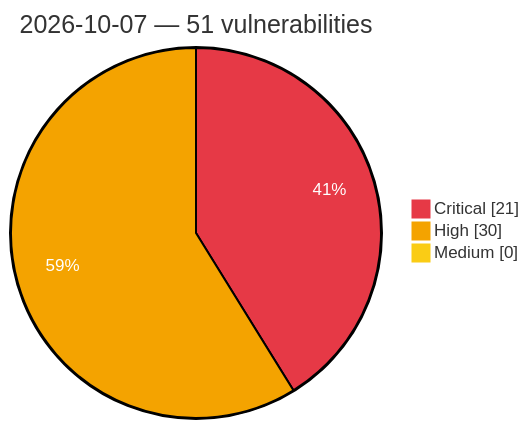
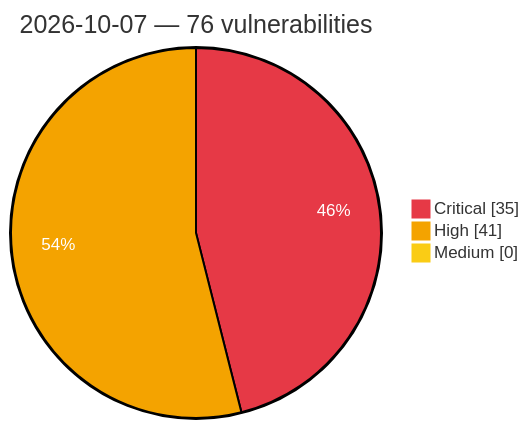
One commit to GhostX0X/vuln-tracker changed the diagram in vulnerabilities/2026/October/2026-10-07.md. Above: the diagram before and after it, drawn with Mermaid. The commit also changed other lines of this file and 5 other files, not shown here.

Commit message:
Auto update: critical/high vulns (2026-10-07 21:45 UTC)

````diff
--- a/vulnerabilities/2026/October/2026-10-07.md
+++ b/vulnerabilities/2026/October/2026-10-07.md
@@ -3,8 +3,8 @@
 ```mermaid
 %%{init: {'theme':'base', 'themeVariables': {'pie1':'#e63946', 'pie2':'#f4a300', 'pie3':'#facc15', 'pieOpacity':'1', 'pieOuterStrokeWidth':'2px', 'pieSectionTextColor':'#ffffff'}}}%%
 pie showData
-    title 2026-10-07 — 51 vulnerabilities
-    "Critical" : 21
-    "High" : 30
+    title 2026-10-07 — 76 vulnerabilities
+    "Critical" : 35
+    "High" : 41
     "Medium" : 0
 ```
````
